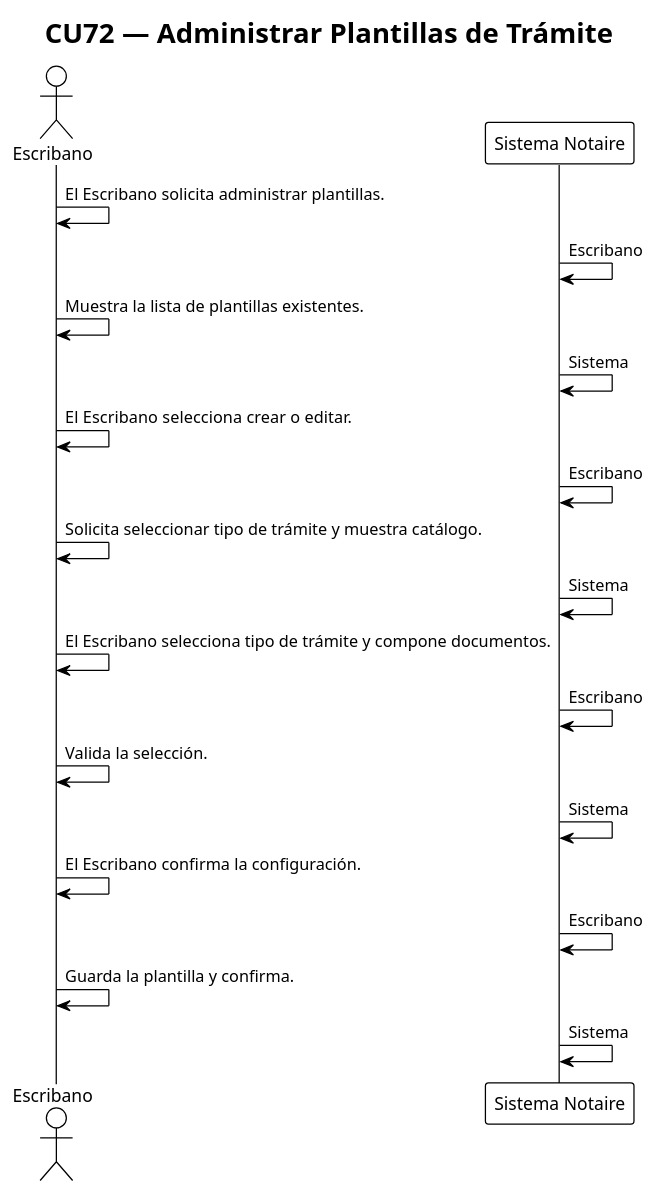
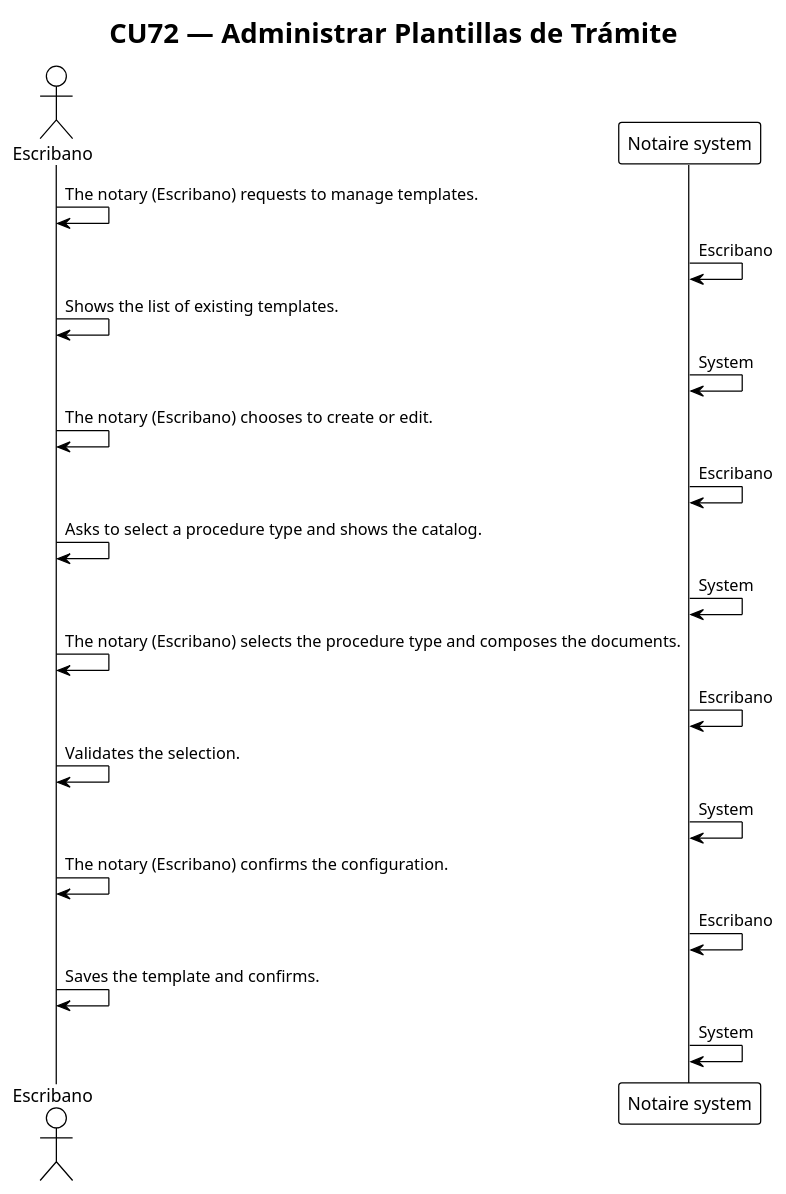
Before and after one commit to matiaspakua/notaire: the diagram in docs/200-architecture/204-diagrams/Secuencias/seq72-administrar-plantillas-de-trámite.puml, drawn with PlantUML. The commit also changed 165 other files, not shown here.

First line of the commit message:
[#1490] docs(architecture): write CU sequence steps in English (#1505)

```diff
--- a/docs/200-architecture/204-diagrams/Secuencias/seq72-administrar-plantillas-de-trámite.puml
+++ b/docs/200-architecture/204-diagrams/Secuencias/seq72-administrar-plantillas-de-trámite.puml
@@ -1,25 +1,25 @@
 @startuml cu72
 !theme plain
 title CU72 — Administrar Plantillas de Trámite
 
 actor "Escribano" as Actor
-participant "Sistema Notaire" as Sistema
+participant "Notaire system" as System
 
-Actor -> Actor : El Escribano solicita administrar plantillas.
-Sistema -> Sistema : Escribano
-Actor -> Actor : Muestra la lista de plantillas existentes.
-Sistema -> Sistema : Sistema
-Actor -> Actor : El Escribano selecciona crear o editar.
-Sistema -> Sistema : Escribano
-Actor -> Actor : Solicita seleccionar tipo de trámite y muestra catálogo.
-Sistema -> Sistema : Sistema
-Actor -> Actor : El Escribano selecciona tipo de trámite y compone documentos.
-Sistema -> Sistema : Escribano
-Actor -> Actor : Valida la selección.
-Sistema -> Sistema : Sistema
-Actor -> Actor : El Escribano confirma la configuración.
-Sistema -> Sistema : Escribano
-Actor -> Actor : Guarda la plantilla y confirma.
-Sistema -> Sistema : Sistema
+Actor -> Actor : The notary (Escribano) requests to manage templates.
+System -> System : Escribano
+Actor -> Actor : Shows the list of existing templates.
+System -> System : System
+Actor -> Actor : The notary (Escribano) chooses to create or edit.
+System -> System : Escribano
+Actor -> Actor : Asks to select a procedure type and shows the catalog.
+System -> System : System
+Actor -> Actor : The notary (Escribano) selects the procedure type and composes the documents.
+System -> System : Escribano
+Actor -> Actor : Validates the selection.
+System -> System : System
+Actor -> Actor : The notary (Escribano) confirms the configuration.
+System -> System : Escribano
+Actor -> Actor : Saves the template and confirms.
+System -> System : System
 
 @enduml
```
